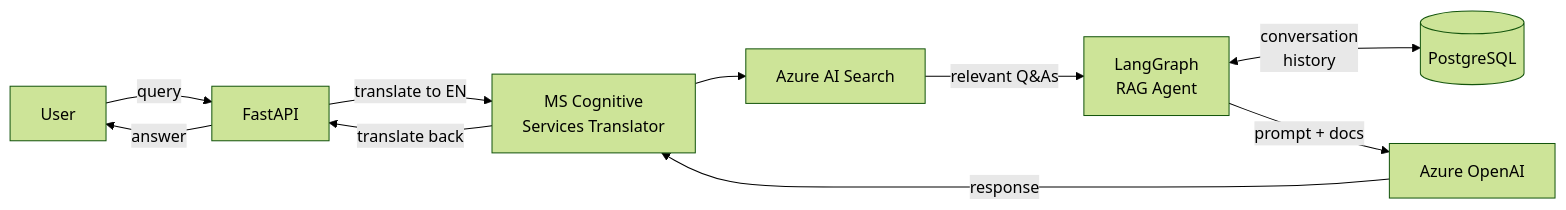
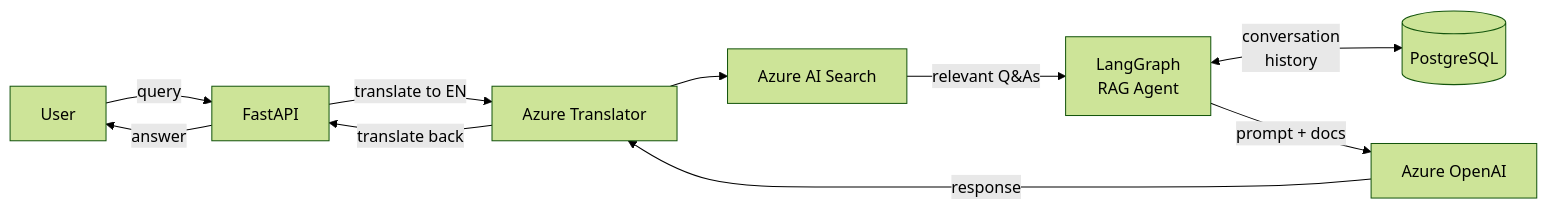
One commit to rodekruis/hia-search changed the diagram in README.md. Above: the diagram before and after it, drawn with Mermaid (forest theme).

````diff
--- a/README.md
+++ b/README.md
@@ -15,12 +15,12 @@
 ```mermaid
 flowchart LR
     User -->|query| API[FastAPI]
-    API -->|translate to EN| Translator[MS Cognitive\nServices Translator]
+    API -->|translate to EN| Translator[Azure Translator]
     Translator --> Search[Azure AI Search]
     Search -->|relevant Q&As| Agent[LangGraph\nRAG Agent]
     Agent <-->|conversation\nhistory| DB[(PostgreSQL)]
     Agent -->|prompt + docs| LLM[Azure OpenAI]
     LLM -->|response| Translator
     Translator -->|translate back| API
     API -->|answer| User
 ```
````
